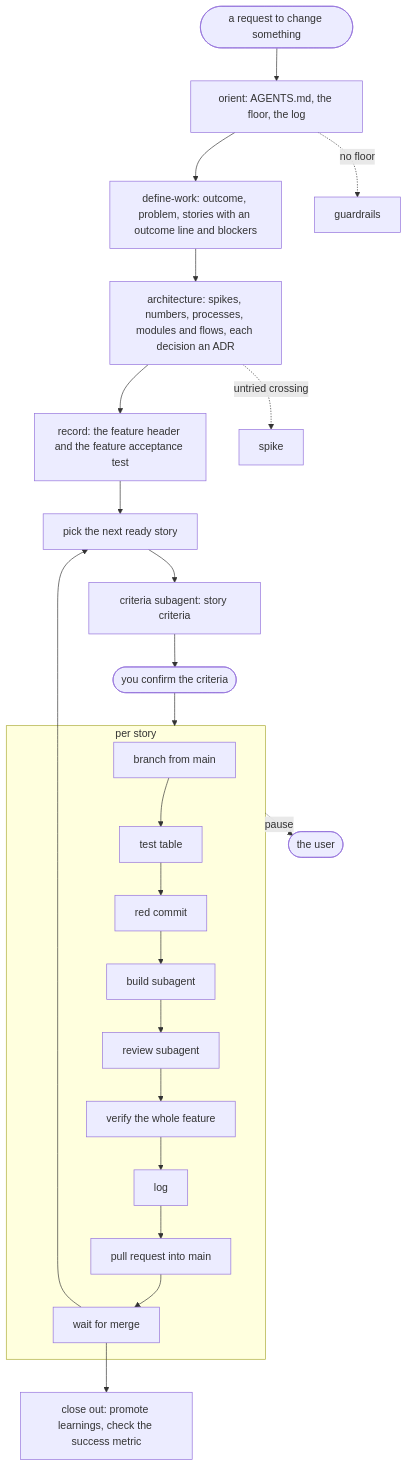
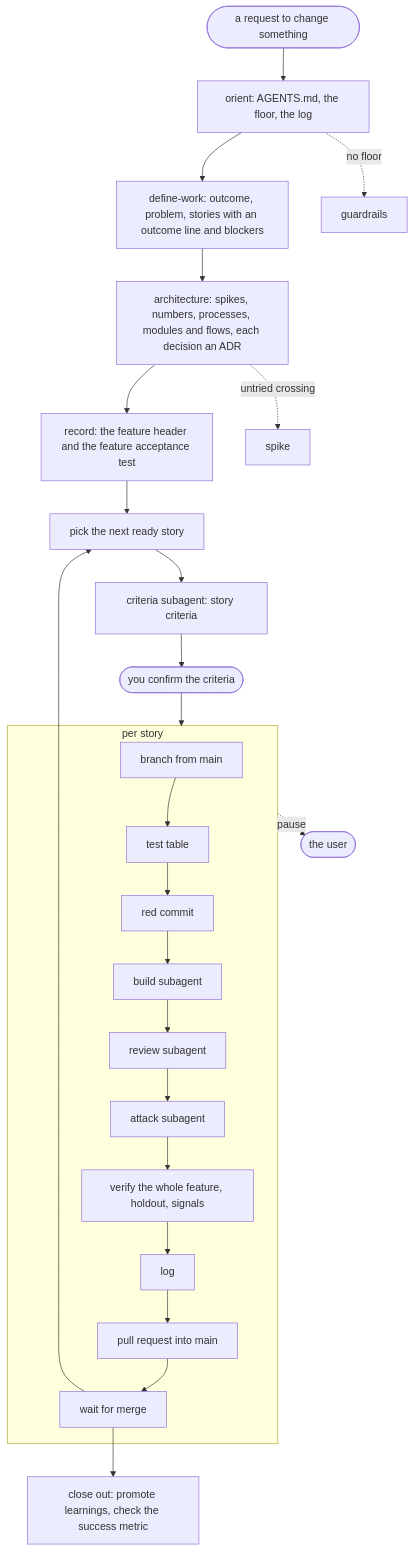
One commit to DaveBben/skills changed the diagram in plugins/SDLC/README.md. Above: the diagram before and after it, drawn with Mermaid. The commit also changed other lines of this file and 49 other files, not shown here.

````diff
--- a/plugins/SDLC/README.md
+++ b/plugins/SDLC/README.md
@@ -42,22 +42,22 @@
 ```mermaid
 flowchart TD
     REQ([a request to change something]) --> OR[orient: AGENTS.md, the floor, the log]
     OR --> FR[define-work: outcome, problem, stories with an outcome line and blockers]
     FR --> ARC[architecture: spikes, numbers, processes, modules and flows, each decision an ADR]
     ARC --> REC[record: the feature header and the feature acceptance test]
     REC --> NX[pick the next ready story]
     NX --> CR[criteria subagent: story criteria]
     CR --> OK([you confirm the criteria])
     OK --> SL
 
     subgraph SL [per story]
-      BR[branch from main] --> TT[test table] --> RED[red commit] --> BLD[build subagent] --> REV[review subagent] --> VER[verify the whole feature] --> LOG[log] --> PR[pull request into main] --> MRG[wait for merge]
+      BR[branch from main] --> TT[test table] --> RED[red commit] --> BLD[build subagent] --> REV[review subagent] --> ATK[attack subagent] --> VER[verify the whole feature, holdout, signals] --> LOG[log] --> PR[pull request into main] --> MRG[wait for merge]
     end
 
     MRG --> NX
     MRG --> OUT[close out: promote learnings, check the success metric]
 
     SL -. pause .-> USER([the user])
     ARC -. untried crossing .-> SPIKE[spike]
     OR -. no floor .-> HARN[guardrails]
 ```
````
